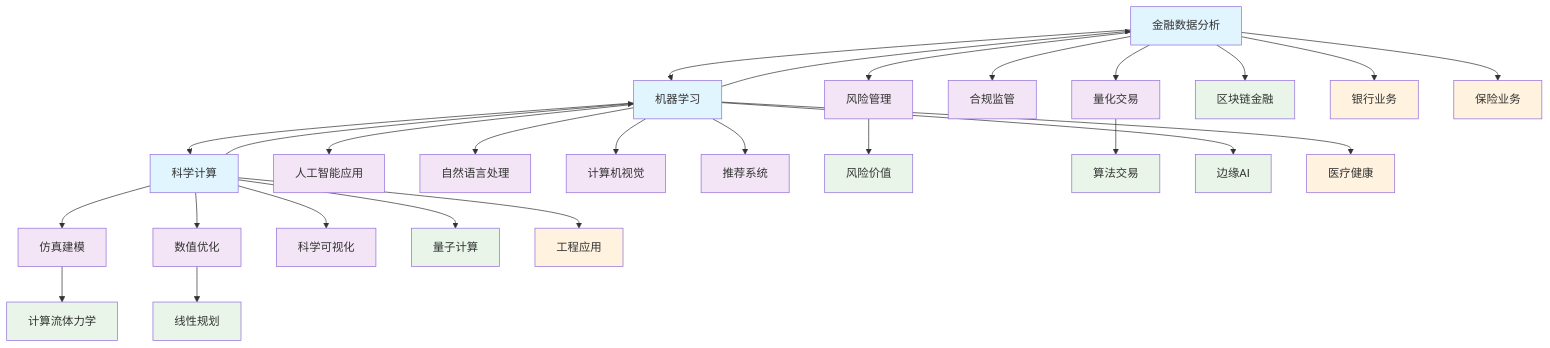
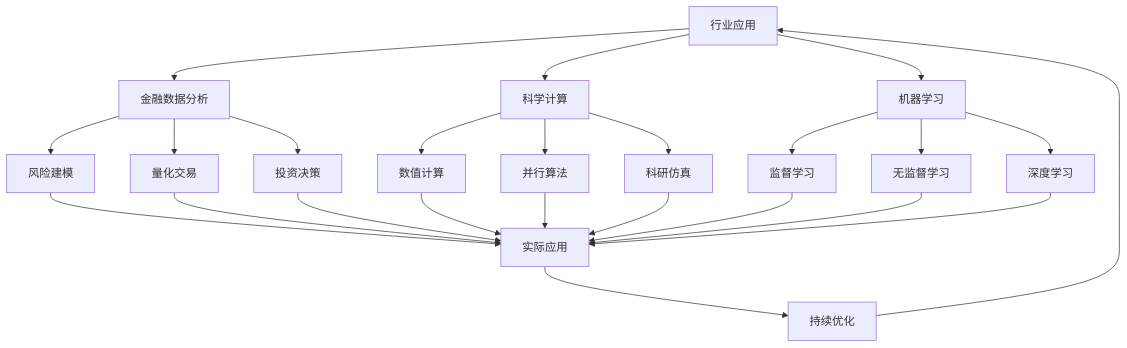
The diagram in Analysis/5-行业应用与场景/README.md (AdaMartin18010/Data-Science), drawn with Mermaid before and after one commit. The commit also changed other lines of this file and 11 other files, not shown here.

````diff
--- a/Analysis/5-行业应用与场景/README.md
+++ b/Analysis/5-行业应用与场景/README.md
@@ -29,50 +29,31 @@
 ```mermaid
 graph TB
-    %% 基础层
-    Finance[金融数据分析] --> Risk[风险管理]
-    Finance --> Trading[量化交易]
-    Finance --> Compliance[合规监管]
+    A[行业应用] --> B[金融数据分析]
+    A --> C[科学计算]
+    A --> D[机器学习]
     
-    Science[科学计算] --> Simulation[仿真建模]
-    Science --> Optimization[数值优化]
-    Science --> Visualization[科学可视化]
+    B --> E[风险建模]
+    B --> F[量化交易]
+    B --> G[投资决策]
     
-    ML[机器学习] --> AI[人工智能应用]
-    ML --> NLP[自然语言处理]
-    ML --> CV[计算机视觉]
-    ML --> RecSys[推荐系统]
+    C --> H[数值计算]
+    C --> I[并行算法]
+    C --> J[科研仿真]
     
-    %% 交叉应用
-    Finance --> ML
-    Science --> ML
-    ML --> Finance
-    ML --> Science
+    D --> K[监督学习]
+    D --> L[无监督学习]
+    D --> M[深度学习]
     
-    %% 技术栈
-    Risk --> VaR[风险价值]
-    Trading --> Algorithm[算法交易]
-    Simulation --> CFD[计算流体力学]
-    Optimization --> Linear[线性规划]
+    E --> N[实际应用]
+    F --> N
+    G --> N
+    H --> N
+    I --> N
+    J --> N
+    K --> N
+    L --> N
+    M --> N
     
-    %% 新兴技术
-    Finance --> Blockchain[区块链金融]
-    Science --> Quantum[量子计算]
-    ML --> Edge[边缘AI]
-    
-    %% 行业应用
-    Finance --> Banking[银行业务]
-    Finance --> Insurance[保险业务]
-    Science --> Engineering[工程应用]
-    ML --> Healthcare[医疗健康]
-    
-    %% 样式
-    classDef domain fill:#e1f5fe
-    classDef application fill:#f3e5f5
-    classDef technology fill:#e8f5e8
-    classDef emerging fill:#fff3e0
-    
-    class Finance,Science,ML domain
-    class Risk,Trading,Compliance,Simulation,Optimization,Visualization,AI,NLP,CV,RecSys application
-    class VaR,Algorithm,CFD,Linear,Blockchain,Quantum,Edge technology
-    class Banking,Insurance,Engineering,Healthcare emerging
+    N --> O[持续优化]
+    O --> A
 ```
````
